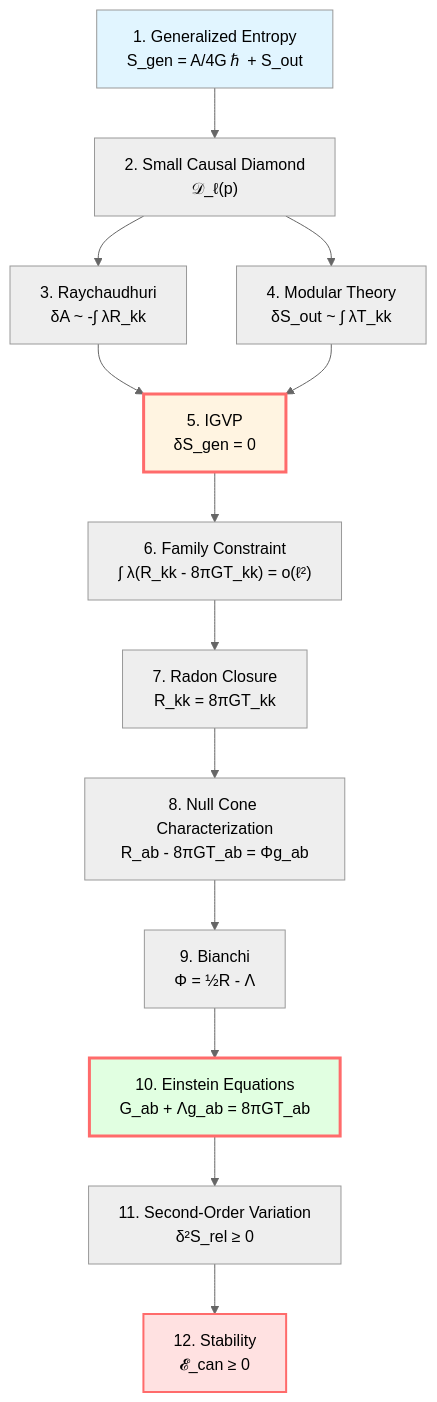
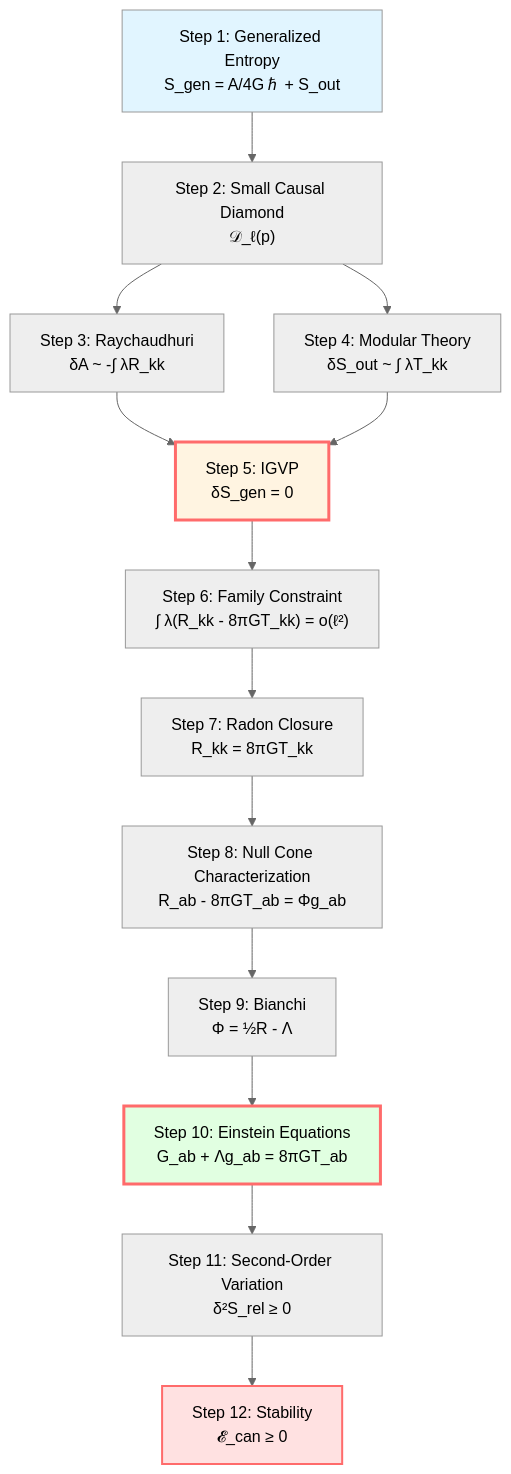
Before and after one commit to loning/zeckendorf-hilbert: the first of 3 diagrams in docs/euler-article/gls-union/04-igvp-framework/06-igvp-summary_en.md, drawn with Mermaid (neutral theme). The commit also changed 26 other files, not shown here.

````diff
--- a/docs/euler-article/gls-union/04-igvp-framework/06-igvp-summary_en.md
+++ b/docs/euler-article/gls-union/04-igvp-framework/06-igvp-summary_en.md
@@ -114,29 +114,29 @@
 ```mermaid
 graph TB
-    S1["1. Generalized Entropy<br/>S_gen = A/4Gℏ + S_out"] --> S2["2. Small Causal Diamond<br/>𝒟_ℓ(p)"]
+    S1["Step 1: Generalized Entropy<br/>S_gen = A/4Gℏ + S_out"] --> S2["Step 2: Small Causal Diamond<br/>𝒟_ℓ(p)"]
 
-    S2 --> S3["3. Raychaudhuri<br/>δA ~ -∫ λR_kk"]
-    S2 --> S4["4. Modular Theory<br/>δS_out ~ ∫ λT_kk"]
+    S2 --> S3["Step 3: Raychaudhuri<br/>δA ~ -∫ λR_kk"]
+    S2 --> S4["Step 4: Modular Theory<br/>δS_out ~ ∫ λT_kk"]
 
-    S3 --> S5["5. IGVP<br/>δS_gen = 0"]
+    S3 --> S5["Step 5: IGVP<br/>δS_gen = 0"]
     S4 --> S5
 
-    S5 --> S6["6. Family Constraint<br/>∫ λ(R_kk - 8πGT_kk) = o(ℓ²)"]
+    S5 --> S6["Step 6: Family Constraint<br/>∫ λ(R_kk - 8πGT_kk) = o(ℓ²)"]
 
-    S6 --> S7["7. Radon Closure<br/>R_kk = 8πGT_kk"]
+    S6 --> S7["Step 7: Radon Closure<br/>R_kk = 8πGT_kk"]
 
-    S7 --> S8["8. Null Cone Characterization<br/>R_ab - 8πGT_ab = Φg_ab"]
+    S7 --> S8["Step 8: Null Cone Characterization<br/>R_ab - 8πGT_ab = Φg_ab"]
 
-    S8 --> S9["9. Bianchi<br/>Φ = ½R - Λ"]
+    S8 --> S9["Step 9: Bianchi<br/>Φ = ½R - Λ"]
 
-    S9 --> S10["10. Einstein Equations<br/>G_ab + Λg_ab = 8πGT_ab"]
+    S9 --> S10["Step 10: Einstein Equations<br/>G_ab + Λg_ab = 8πGT_ab"]
 
-    S10 --> S11["11. Second-Order Variation<br/>δ²S_rel ≥ 0"]
+    S10 --> S11["Step 11: Second-Order Variation<br/>δ²S_rel ≥ 0"]
 
-    S11 --> S12["12. Stability<br/>𝓔_can ≥ 0"]
+    S11 --> S12["Step 12: Stability<br/>𝓔_can ≥ 0"]
 
     style S1 fill:#e1f5ff
     style S5 fill:#fff4e1,stroke:#ff6b6b,stroke-width:3px
     style S10 fill:#e1ffe1,stroke:#ff6b6b,stroke-width:3px
     style S12 fill:#ffe1e1,stroke:#ff6b6b,stroke-width:2px
 ```
````
